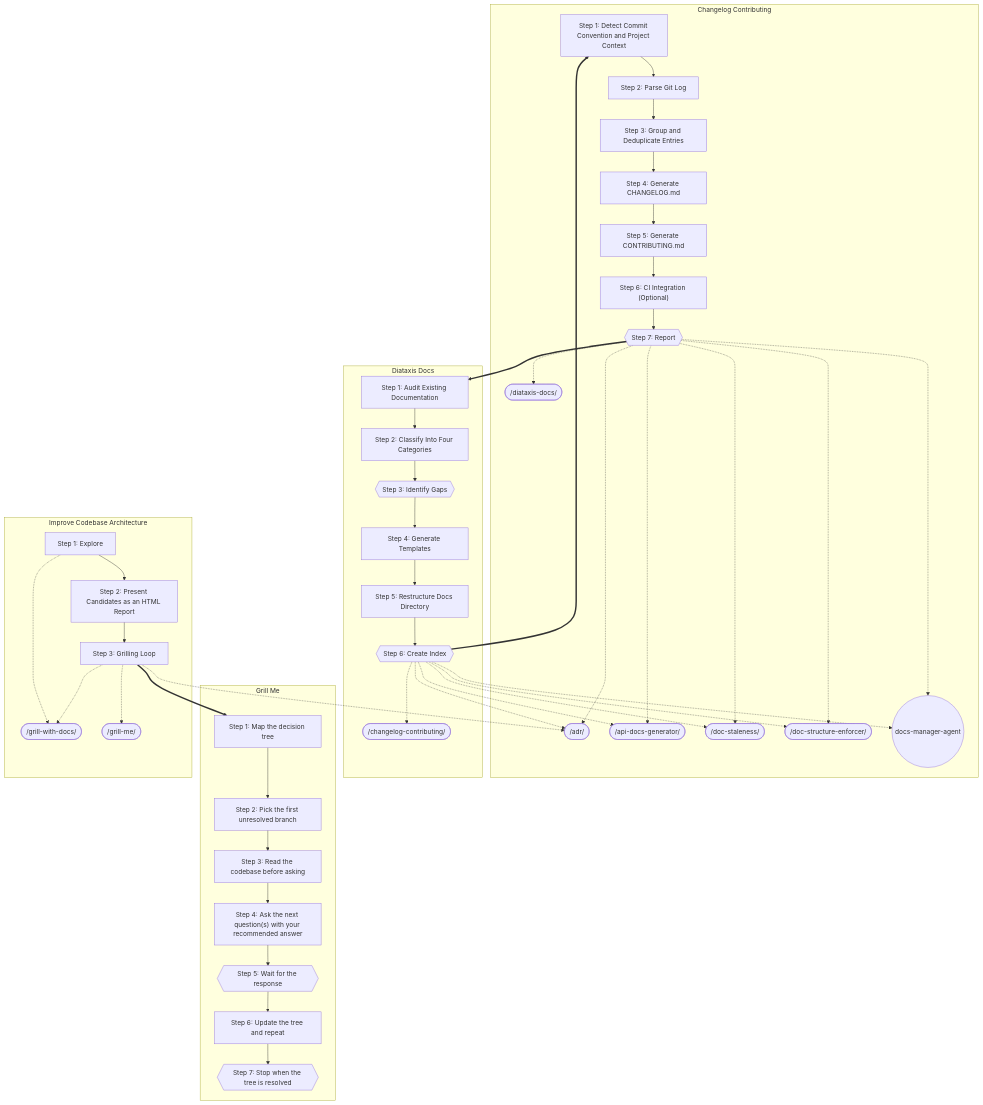
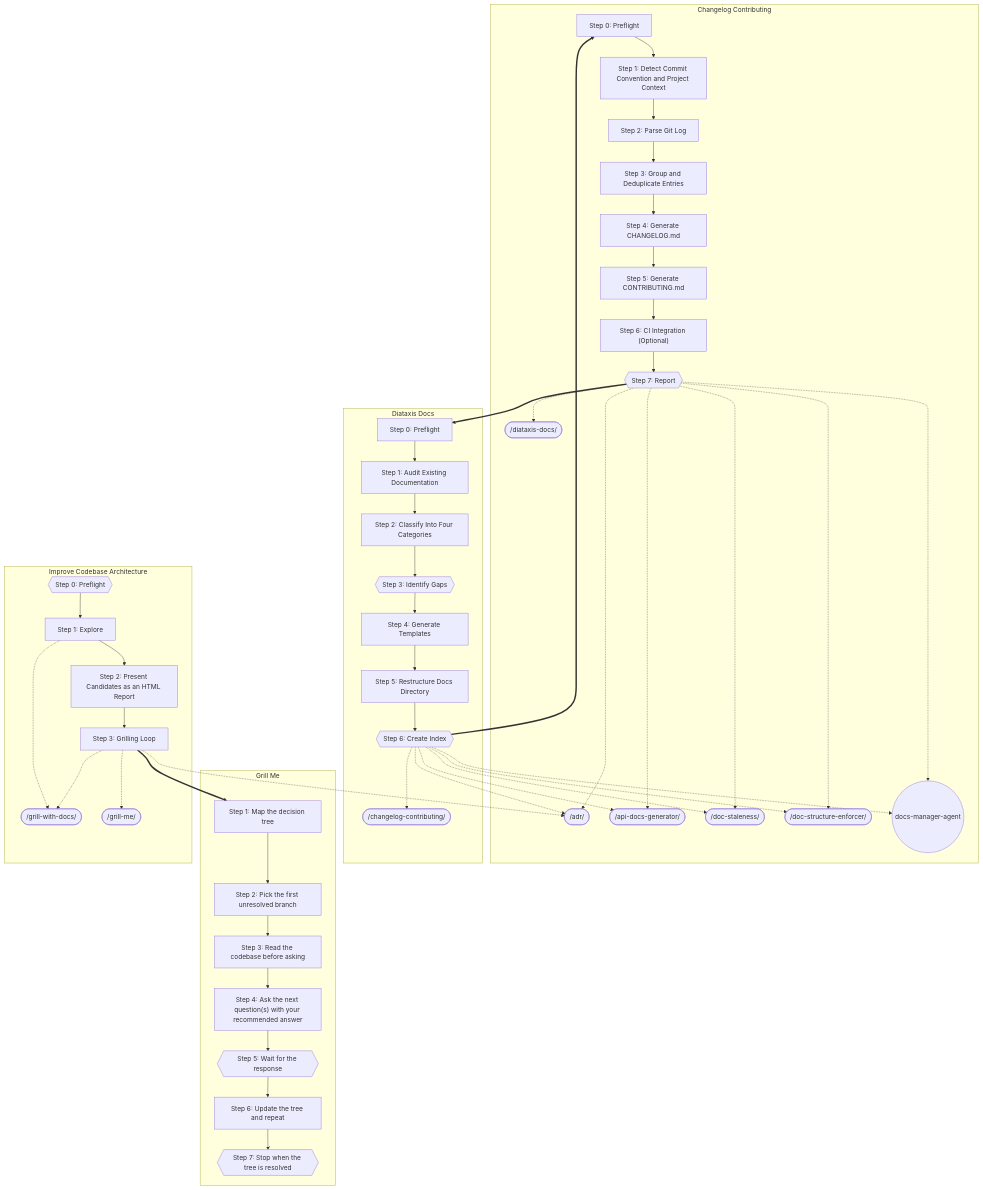
Before and after one commit to abhayla/claude-best-practices: the second of 9 diagrams in docs/workflows/documentation.md, drawn with Mermaid. The commit also changed other lines of this file and 13 other files, not shown here.

````diff
--- a/docs/workflows/documentation.md
+++ b/docs/workflows/documentation.md
@@ -64,7 +64,9 @@
 ```mermaid
 graph TD
     subgraph changelog_contributing_sub["Changelog Contributing"]
+        changelog_contributing_s0["Step 0: Preflight"]
         changelog_contributing_s1["Step 1: Detect Commit Convention and Project Context"]
+        changelog_contributing_s0 --> changelog_contributing_s1
         changelog_contributing_s2["Step 2: Parse Git Log"]
         changelog_contributing_s1 --> changelog_contributing_s2
         changelog_contributing_s3["Step 3: Group and Deduplicate Entries"]
@@ -92,7 +94,9 @@
     end
 
     subgraph diataxis_docs_sub["Diataxis Docs"]
+        diataxis_docs_s0["Step 0: Preflight"]
         diataxis_docs_s1["Step 1: Audit Existing Documentation"]
+        diataxis_docs_s0 --> diataxis_docs_s1
         diataxis_docs_s2["Step 2: Classify Into Four Categories"]
         diataxis_docs_s1 --> diataxis_docs_s2
         diataxis_docs_s3{{Step 3: Identify Gaps}}
@@ -129,7 +133,9 @@
     end
 
     subgraph improve_codebase_architecture_sub["Improve Codebase Architecture"]
+        improve_codebase_architecture_s0{{Step 0: Preflight}}
         improve_codebase_architecture_s1["Step 1: Explore"]
+        improve_codebase_architecture_s0 --> improve_codebase_architecture_s1
         grill_with_docs_ext([/grill-with-docs/])
         improve_codebase_architecture_s1 -.-> grill_with_docs_ext
         improve_codebase_architecture_s2["Step 2: Present Candidates as an HTML Report"]
@@ -142,7 +148,7 @@
         improve_codebase_architecture_s3 -.-> grill_with_docs_ext
     end
 
-    changelog_contributing_s7 ==> diataxis_docs_s1
-    diataxis_docs_s6 ==> changelog_contributing_s1
+    changelog_contributing_s7 ==> diataxis_docs_s0
+    diataxis_docs_s6 ==> changelog_contributing_s0
     improve_codebase_architecture_s3 ==> grill_me_s1
 ```
````
